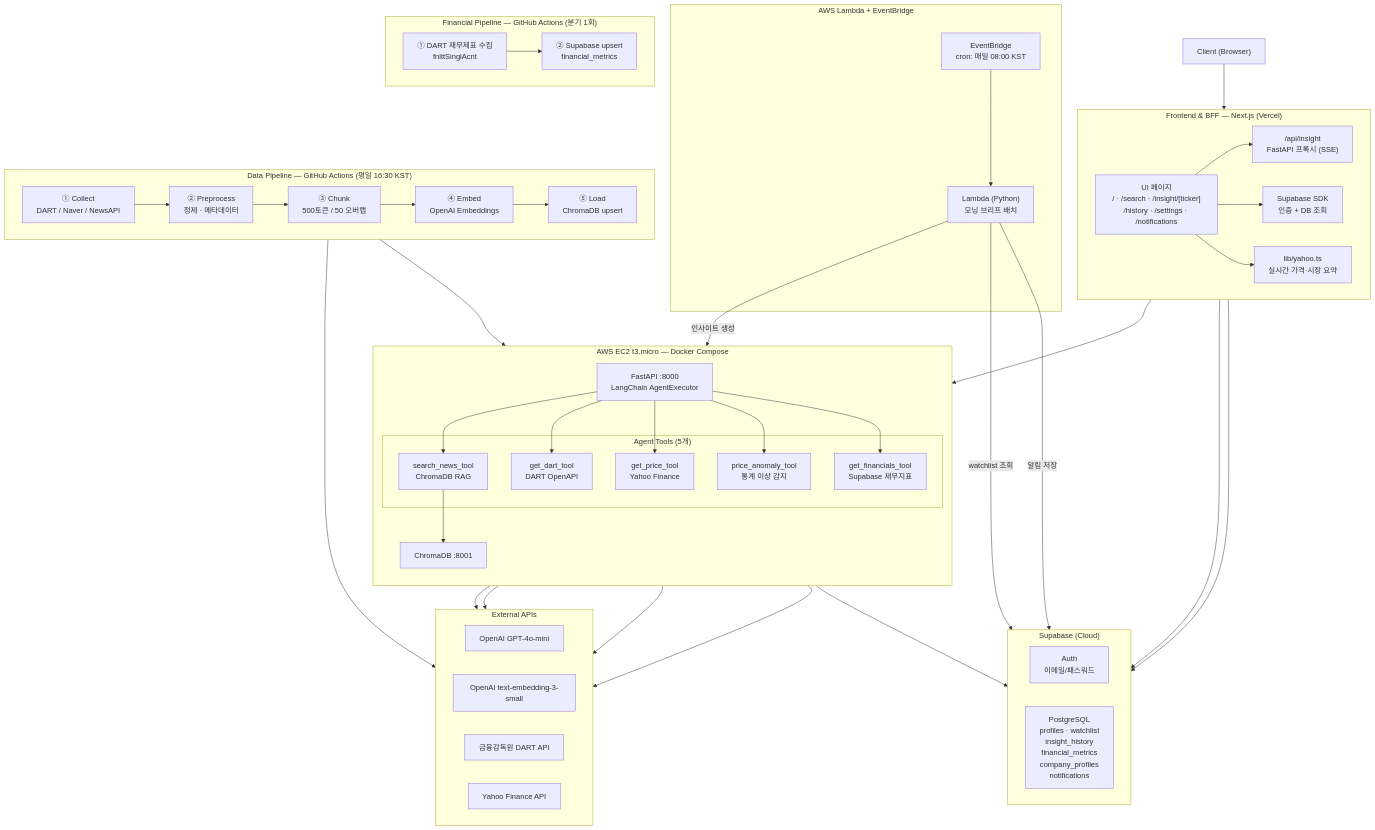
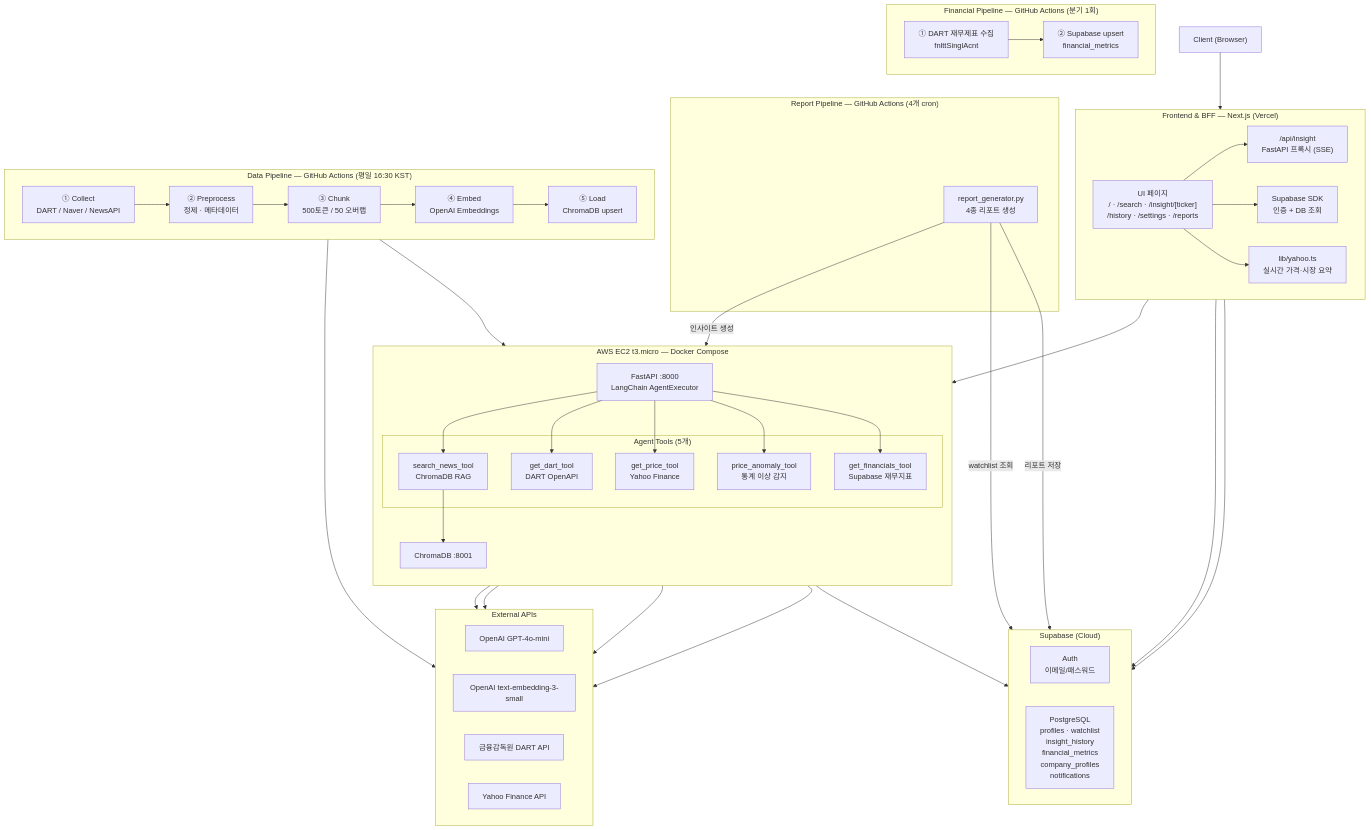
Before and after one commit to sammy0329/finsight-ai-agent: the first of 3 diagrams in docs/TECH_STACK.md, drawn with Mermaid. The commit also changed other lines of this file and 3 other files, not shown here.

````diff
--- a/docs/TECH_STACK.md
+++ b/docs/TECH_STACK.md
@@ -10,76 +10,74 @@
 ```mermaid
 flowchart TD
     Client["Client (Browser)"]
 
     subgraph Vercel["Frontend & BFF — Next.js (Vercel)"]
         direction LR
-        Pages["UI 페이지\n/ · /search · /insight/[ticker]\n/history · /settings · /notifications"]
+        Pages["UI 페이지\n/ · /search · /insight/[ticker]\n/history · /settings · /reports"]
         APIRoute["/api/insight\nFastAPI 프록시 (SSE)"]
         SupabaseSDK["Supabase SDK\n인증 + DB 조회"]
         YahooLib["lib/yahoo.ts\n실시간 가격·시장 요약"]
     end
 
     subgraph Supabase["Supabase (Cloud)"]
         direction LR
         SupabaseAuth["Auth\n이메일/패스워드"]
         SupabaseDB["PostgreSQL\nprofiles · watchlist\ninsight_history\nfinancial_metrics\ncompany_profiles\nnotifications"]
     end
 
     subgraph EC2["AWS EC2 t3.micro — Docker Compose"]
         direction TB
         FA["FastAPI :8000\nLangChain AgentExecutor"]
         subgraph Tools["Agent Tools (5개)"]
             T1["search_news_tool\nChromaDB RAG"]
             T2["get_dart_tool\nDART OpenAPI"]
             T3["get_price_tool\nYahoo Finance"]
             T4["price_anomaly_tool\n통계 이상 감지"]
             T5["get_financials_tool\nSupabase 재무지표"]
         end
         Chroma["ChromaDB :8001"]
         FA --> T1 & T2 & T3 & T4 & T5
         T1 --> Chroma
         T5 --> SupabaseDB
     end
 
-    subgraph Lambda["AWS Lambda + EventBridge"]
-        EB["EventBridge\ncron: 매일 08:00 KST"]
-        LF["Lambda (Python)\n모닝 브리프 배치"]
-        EB --> LF
-        LF -->|"watchlist 조회"| SupabaseDB
-        LF -->|"인사이트 생성"| FA
-        LF -->|"알림 저장"| SupabaseDB
+    subgraph ReportPipeline["Report Pipeline — GitHub Actions (4개 cron)"]
+        RG["report_generator.py\n4종 리포트 생성"]
+        RG -->|"watchlist 조회"| SupabaseDB
+        RG -->|"인사이트 생성"| FA
+        RG -->|"리포트 저장"| SupabaseDB
     end
 
     subgraph ExternalAPIs["External APIs"]
         direction LR
         LLM["OpenAI GPT-4o-mini"]
         Embedding["OpenAI text-embedding-3-small"]
         DART["금융감독원 DART API"]
         Yahoo["Yahoo Finance API"]
     end
 
     subgraph Pipeline["Data Pipeline — GitHub Actions (평일 16:30 KST)"]
         direction LR
         Collect["① Collect\nDART / Naver / NewsAPI"]
         Preprocess["② Preprocess\n정제 · 메타데이터"]
         Chunk["③ Chunk\n500토큰 / 50 오버랩"]
         Embed["④ Embed\nOpenAI Embeddings"]
         Load["⑤ Load\nChromaDB upsert"]
     end
 
     subgraph FinancialPipeline["Financial Pipeline — GitHub Actions (분기 1회)"]
         FCollect["① DART 재무제표 수집\nfnlttSinglAcnt"]
         FLoad["② Supabase upsert\nfinancial_metrics"]
         FCollect --> FLoad
     end
 
     Client --> Pages
     Pages --> APIRoute & SupabaseSDK & YahooLib
     SupabaseSDK --> SupabaseAuth & SupabaseDB
     APIRoute --> FA
     FA --> LLM
     T2 --> DART
     T3 & T4 --> Yahoo
     Embed --> Embedding
     Collect --> Preprocess --> Chunk --> Embed --> Load --> Chroma
 ```
````
